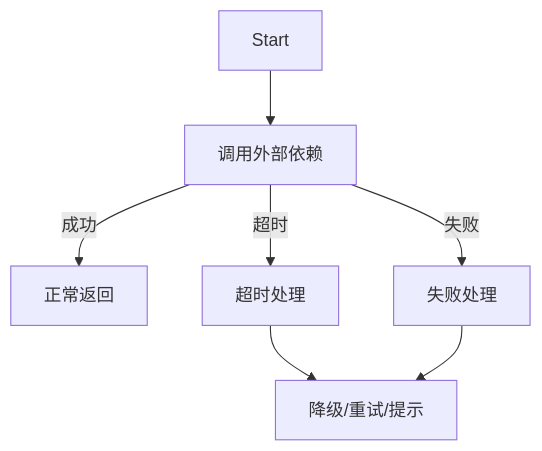
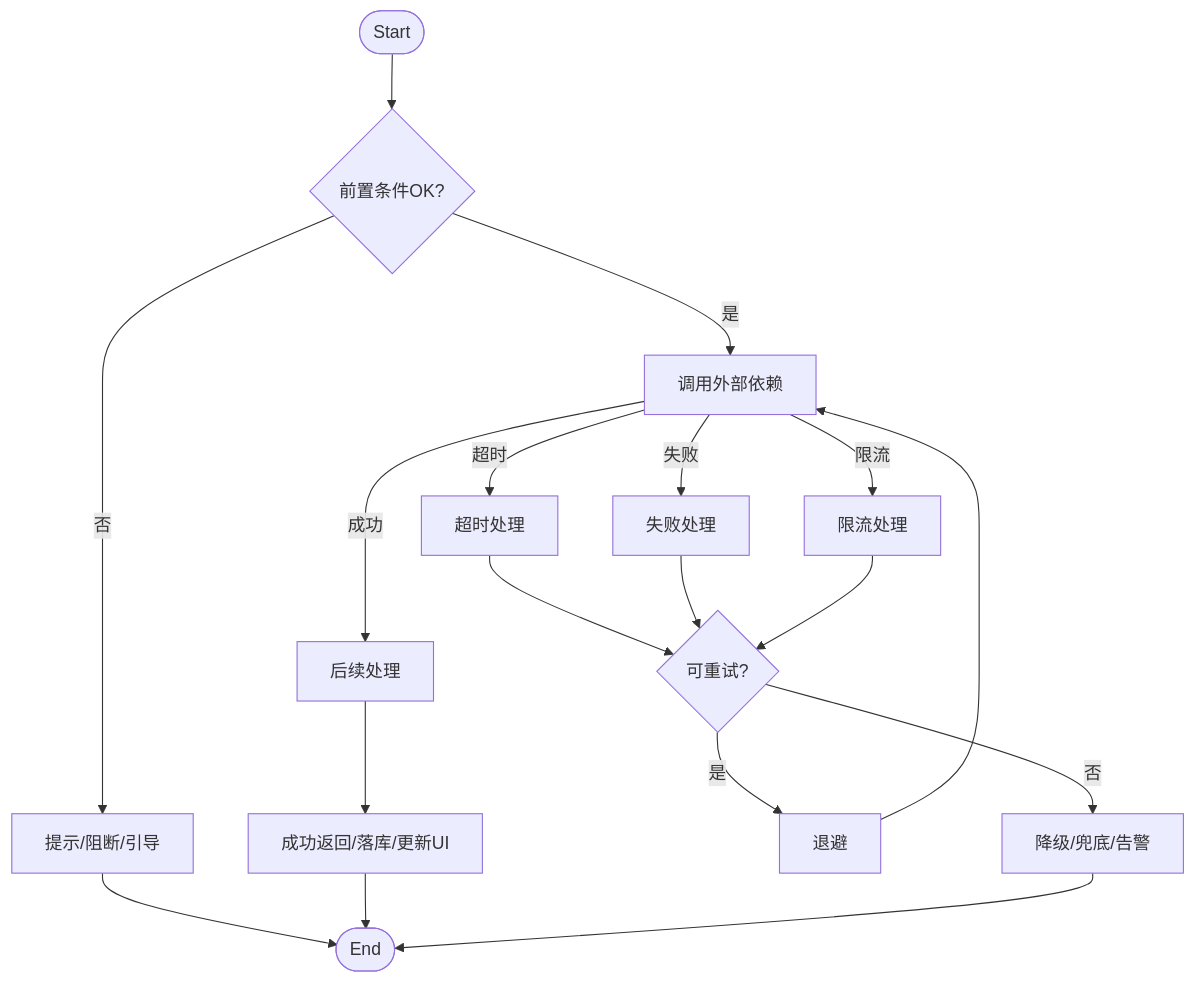
Before and after one commit to jackykarma/Verity: the fourth of 5 diagrams in .specify/templates/plan-template.md, drawn with Mermaid. The commit also changed other lines of this file and 4 other files, not shown here.

````diff
--- a/.specify/templates/plan-template.md
+++ b/.specify/templates/plan-template.md
@@ -72,9 +181,19 @@
 ```mermaid
 flowchart TD
-  Start --> Call[调用外部依赖]
-  Call -->|成功| Ok[正常返回]
-  Call -->|超时| Timeout[超时处理]
-  Call -->|失败| Fail[失败处理]
-  Timeout --> Degrade[降级/重试/提示]
-  Fail --> Degrade
+  %% TODO: 将“正常+异常”都画在同一张流程图里（可用 subgraph 分区）
+  Start([Start]) --> Precheck{前置条件OK?}
+  Precheck -->|否| Abort[提示/阻断/引导] --> End([End])
+  Precheck -->|是| CallExt[调用外部依赖]
+
+  CallExt -->|成功| Next[后续处理] --> Success[成功返回/落库/更新UI] --> End
+  CallExt -->|超时| Timeout[超时处理]
+  CallExt -->|失败| Fail[失败处理]
+  CallExt -->|限流| RateLimit[限流处理]
+
+  Timeout --> Retry{可重试?}
+  Fail --> Retry
+  RateLimit --> Retry
+
+  Retry -->|是| Backoff[退避] --> CallExt
+  Retry -->|否| Degrade[降级/兜底/告警] --> End
 ```
````
